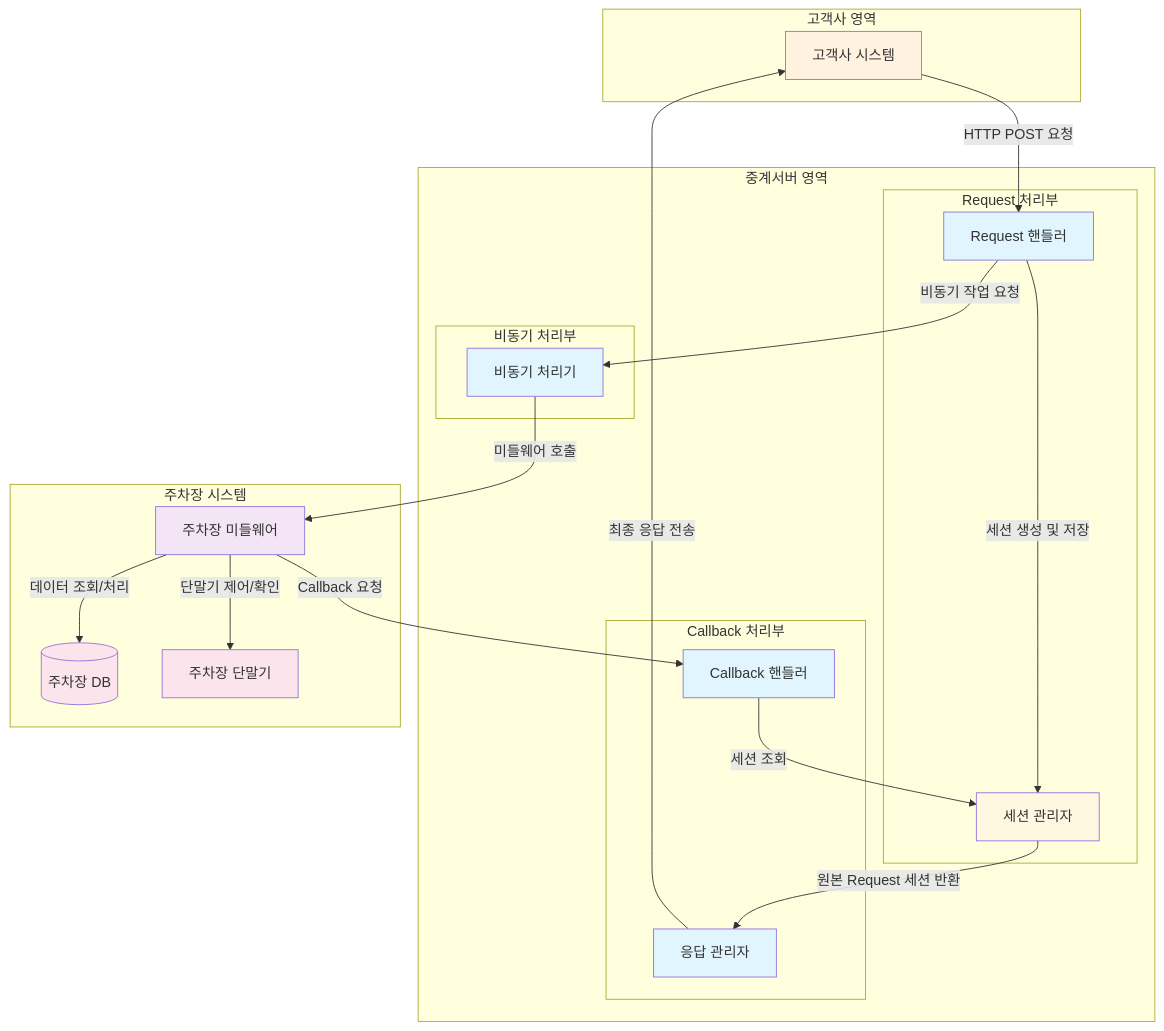
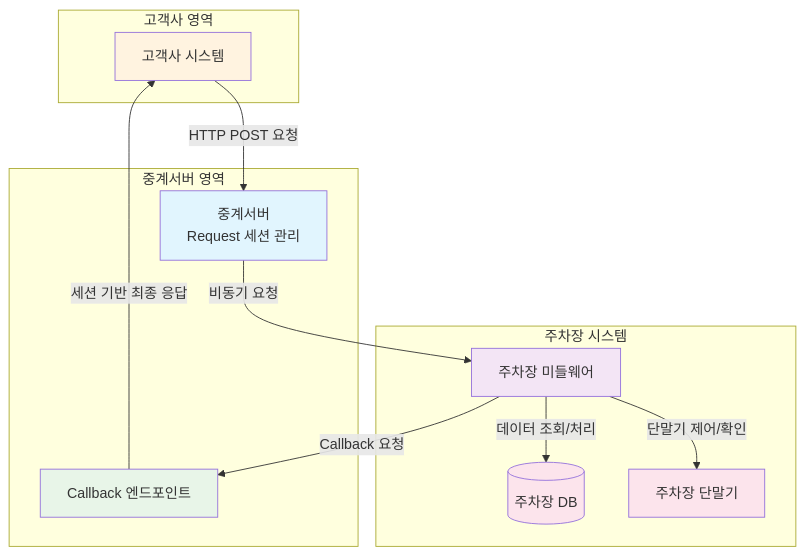
The first of 6 diagrams in README.md (hongsoonmyung/test), drawn with Mermaid before and after one commit.

````diff
--- a/README.md
+++ b/README.md
@@ -16,55 +16,37 @@
 ```mermaid
 graph TB
     subgraph "고객사 영역"
         Client[고객사 시스템]
     end
     
     subgraph "중계서버 영역"
-        subgraph "Request 처리부"
-            RequestHandler[Request 핸들러]
-            SessionManager[세션 관리자]
-        end
-        
-        subgraph "비동기 처리부"
-            AsyncProcessor[비동기 처리기]
-        end
-        
-        subgraph "Callback 처리부"
-            CallbackHandler[Callback 핸들러]
-            ResponseManager[응답 관리자]
-        end
+        Relay[중계서버<br/>Request 세션 관리]
+        Callback[Callback 엔드포인트]
     end
     
     subgraph "주차장 시스템"
         MW[주차장 미들웨어]
         ParkingDB[(주차장 DB)]
         Terminal[주차장 단말기]
     end
     
-    Client -->|HTTP POST 요청| RequestHandler
-    RequestHandler -->|세션 생성 및 저장| SessionManager
-    RequestHandler -->|비동기 작업 요청| AsyncProcessor
-    AsyncProcessor -->|미들웨어 호출| MW
-    
+    Client -->|HTTP POST 요청| Relay
+    Relay -->|비동기 요청| MW
     MW -->|데이터 조회/처리| ParkingDB
     MW -->|단말기 제어/확인| Terminal
-    MW -->|Callback 요청| CallbackHandler
-    
-    CallbackHandler -->|세션 조회| SessionManager
-    SessionManager -->|원본 Request 세션 반환| ResponseManager
-    ResponseManager -->|최종 응답 전송| Client
+    MW -->|Callback 요청| Callback
+    Callback -->|세션 기반 최종 응답| Client
     
     classDef relayStyle fill:#e1f5fe
     classDef mwStyle fill:#f3e5f5
     classDef callbackStyle fill:#e8f5e8
     classDef clientStyle fill:#fff3e0
     classDef parkingStyle fill:#fce4ec
-    classDef sessionStyle fill:#fff8e1
     
-    class RequestHandler,AsyncProcessor,CallbackHandler,ResponseManager relayStyle
-    class SessionManager sessionStyle
+    class Relay relayStyle
     class MW mwStyle
+    class Callback callbackStyle
     class Client clientStyle
     class ParkingDB parkingStyle
     class Terminal parkingStyle
 ```
````
